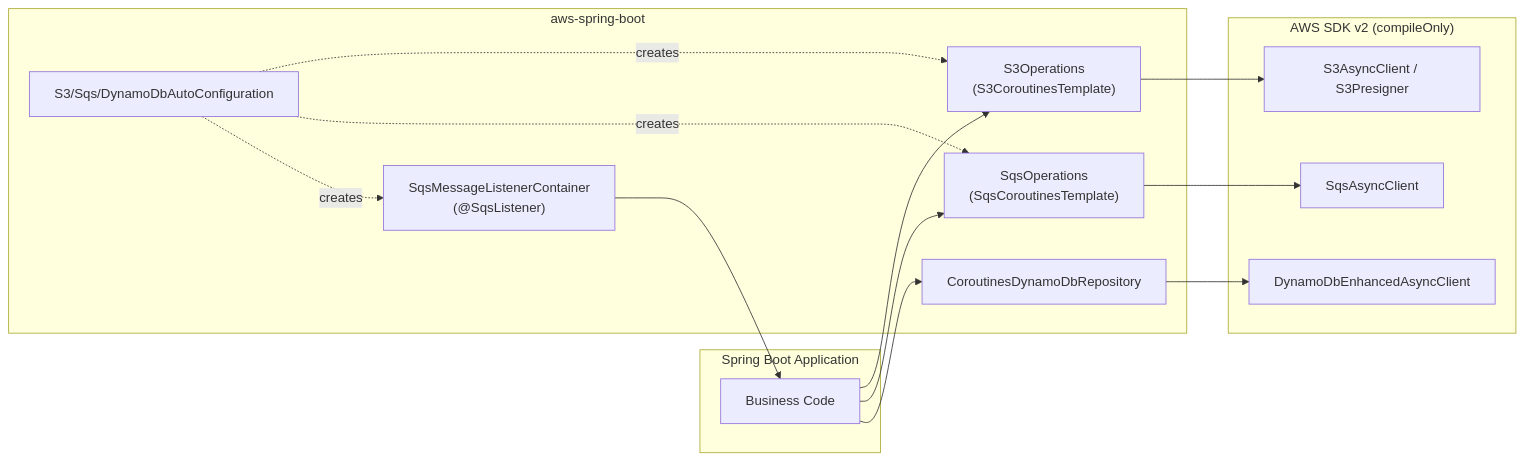
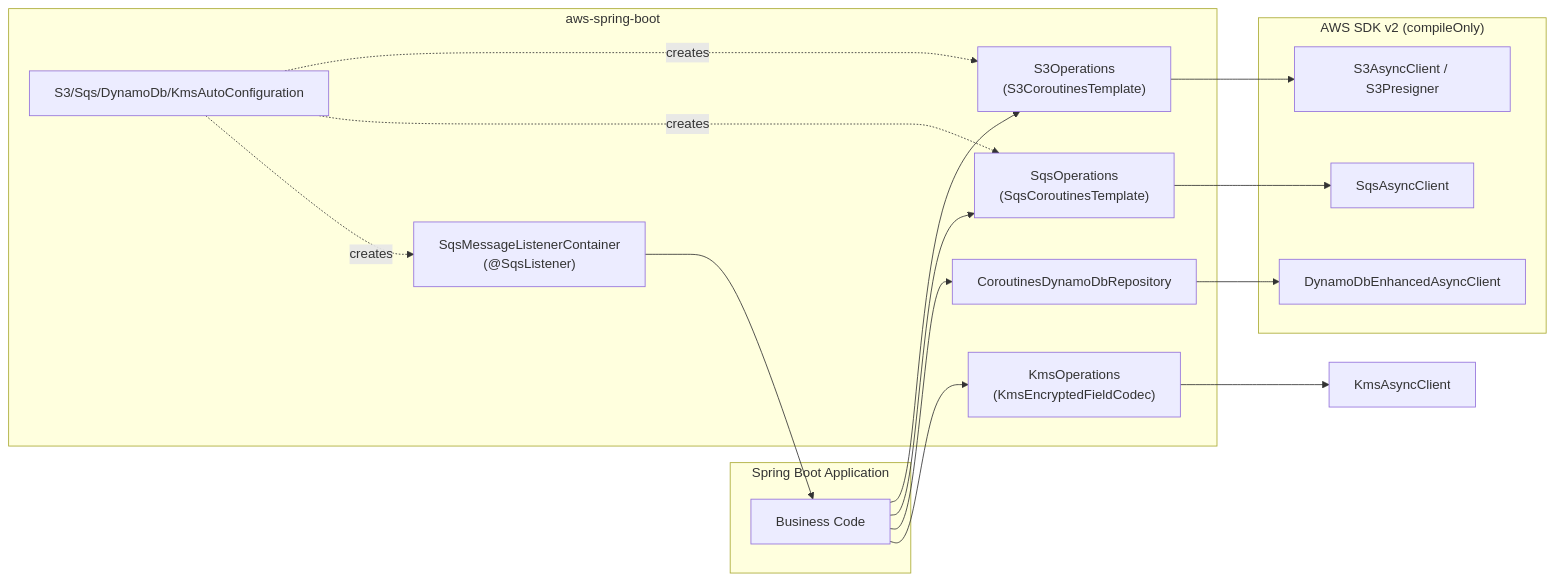
Before and after one commit to bluetape4k/bluetape4k-aws: the diagram in aws-spring-boot/README.ko.md, drawn with Mermaid. The commit also changed other lines of this file and 20 other files, not shown here.

First line of the commit message:
Introduce explicit KMS field encryption and SQS fanout examples

````diff
--- a/aws-spring-boot/README.ko.md
+++ b/aws-spring-boot/README.ko.md
@@ -10,29 +10,32 @@
 ```mermaid
 flowchart LR
     subgraph App["Spring Boot Application"]
         BIZ["Business Code"]
     end
     subgraph Module["aws-spring-boot"]
         S3OPS["S3Operations\n(S3CoroutinesTemplate)"]
         SQSOPS["SqsOperations\n(SqsCoroutinesTemplate)"]
         DYN["CoroutinesDynamoDbRepository"]
+        KMS["KmsOperations\n(KmsEncryptedFieldCodec)"]
         LISTENER["SqsMessageListenerContainer\n(@SqsListener)"]
-        AUTO["S3/Sqs/DynamoDbAutoConfiguration"]
+        AUTO["S3/Sqs/DynamoDb/KmsAutoConfiguration"]
     end
     subgraph SDK["AWS SDK v2 (compileOnly)"]
         S3CLI["S3AsyncClient / S3Presigner"]
         SQSCLI["SqsAsyncClient"]
         DYNCLI["DynamoDbEnhancedAsyncClient"]
     end
 
     BIZ --> S3OPS
     BIZ --> SQSOPS
     BIZ --> DYN
+    BIZ --> KMS
     LISTENER --> BIZ
     AUTO -.creates.-> S3OPS
     AUTO -.creates.-> SQSOPS
     AUTO -.creates.-> LISTENER
     S3OPS --> S3CLI
     SQSOPS --> SQSCLI
     DYN --> DYNCLI
+    KMS --> KMSCLI["KmsAsyncClient"]
 ```
````
